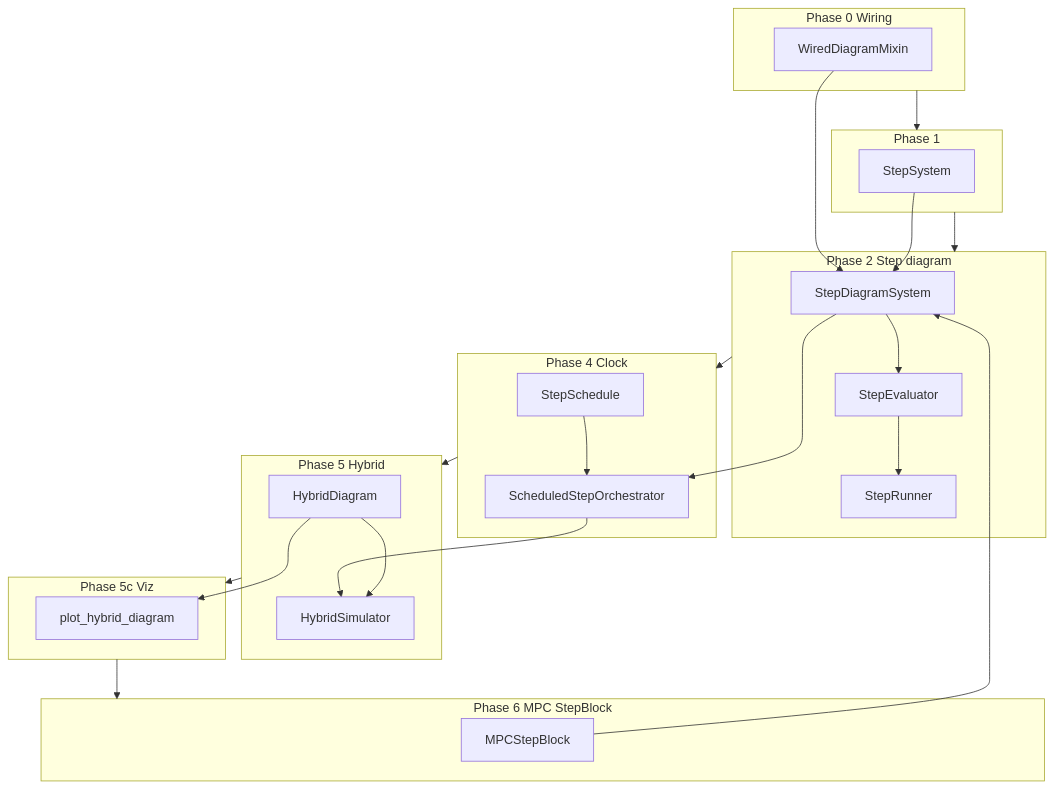
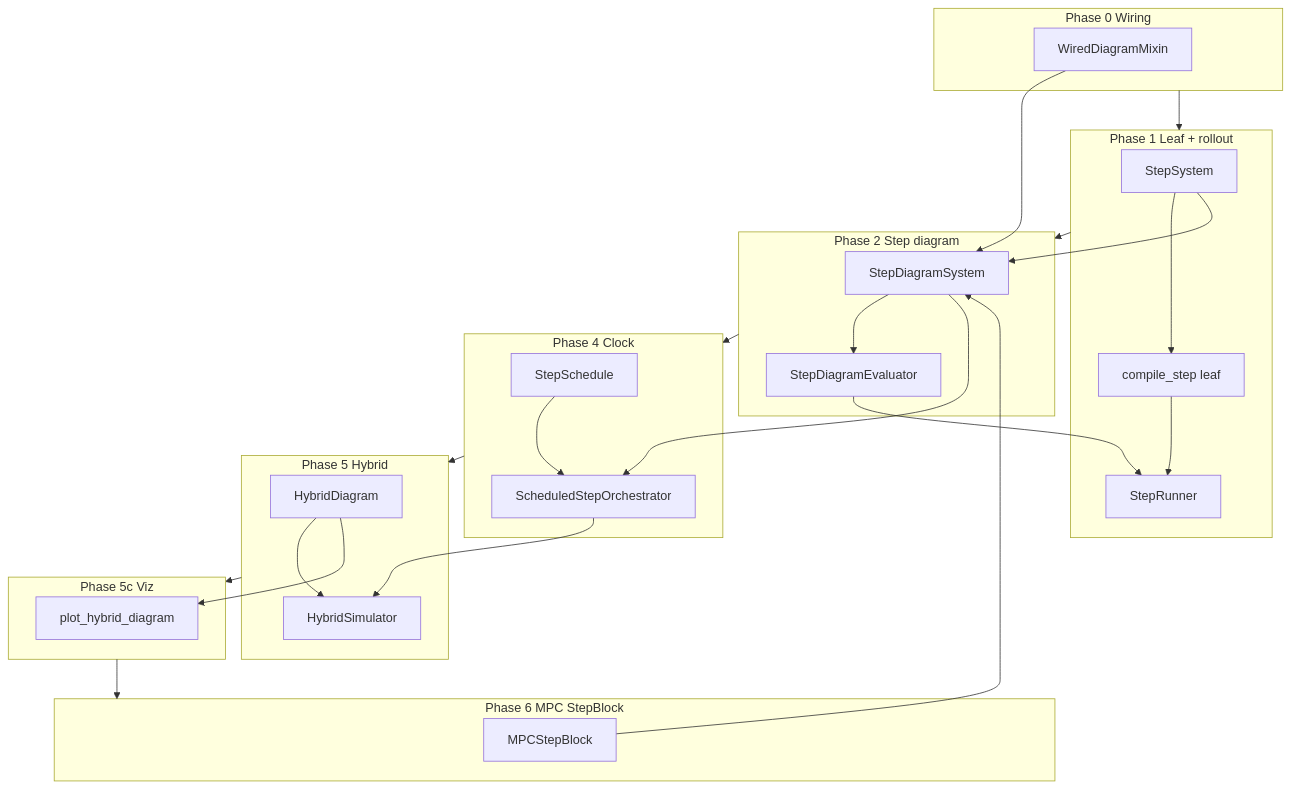
Before and after one commit to alx87grd/minilink: the fourth of 4 diagrams in docs/plans/hybrid-discrete-simulation.md, drawn with Mermaid. The commit also changed other lines of this file and 4 other files, not shown here.

````diff
--- a/docs/plans/hybrid-discrete-simulation.md
+++ b/docs/plans/hybrid-discrete-simulation.md
@@ -560,44 +560,46 @@
 ```mermaid
 flowchart TB
     subgraph p0 [Phase 0 Wiring]
         WIR[WiredDiagramMixin]
     end
 
-    subgraph p1 [Phase 1]
+    subgraph p1 [Phase 1 Leaf + rollout]
         SS[StepSystem]
+        CSL[compile_step leaf]
+        SR[StepRunner]
     end
 
     subgraph p2 [Phase 2 Step diagram]
         SDS[StepDiagramSystem]
-        SE[StepEvaluator]
-        SR[StepRunner]
+        SE[StepDiagramEvaluator]
     end
 
     subgraph p4 [Phase 4 Clock]
         SCH[StepSchedule]
         SO[ScheduledStepOrchestrator]
     end
 
     subgraph p5 [Phase 5 Hybrid]
         HD[HybridDiagram]
         HS[HybridSimulator]
     end
 
     subgraph p5c [Phase 5c Viz]
         PLOT[plot_hybrid_diagram]
     end
 
     subgraph p6 [Phase 6 MPC StepBlock]
         MPC[MPCStepBlock]
     end
 
     WIR --> SDS
+    SS --> CSL --> SR
     SS --> SDS --> SE --> SR
     SDS --> SO
     SCH --> SO
     SO --> HS
     HD --> HS
     HD --> PLOT
     MPC --> SDS
     p0 --> p1 --> p2 --> p4 --> p5 --> p5c --> p6
 ```
````
